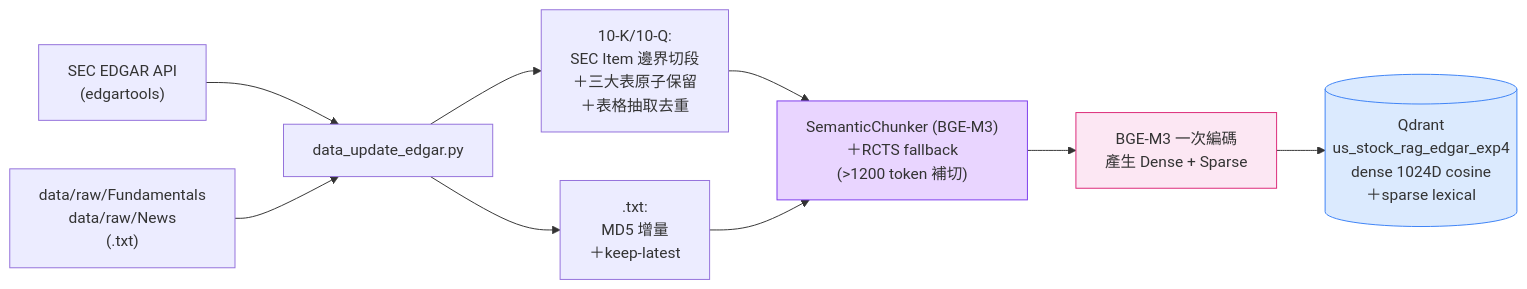
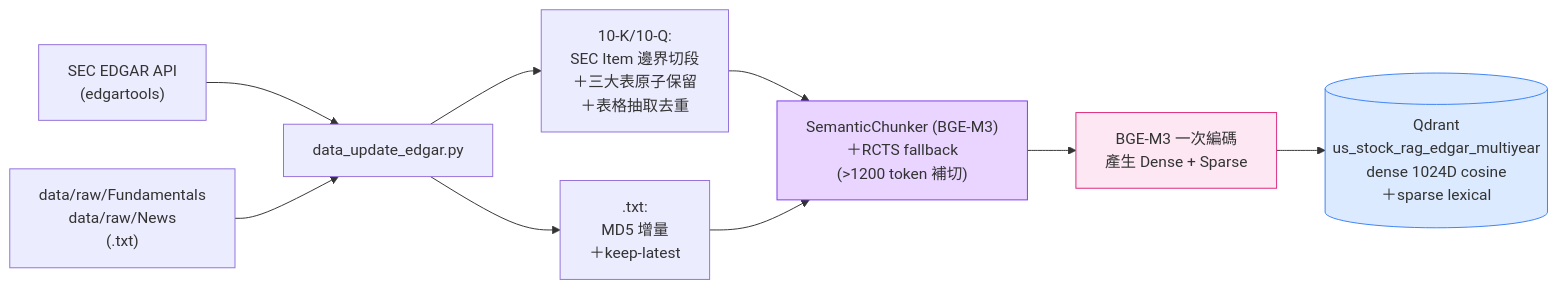
One commit to Allen900913/Agentic_RAG changed the first of 2 diagrams in README.md. Above: the diagram before and after it, drawn with Mermaid. The commit also changed other lines of this file and 8 other files, not shown here.

First line of the commit message:
多年語料升生產：mdna → multiyear，並翻開期間意圖 LLM

````diff
--- a/README.md
+++ b/README.md
@@ -46,15 +54,15 @@
 ```mermaid
 graph LR
     A1["SEC EDGAR API<br/>(edgartools)"] --> B["data_update_edgar.py"]
     A2["data/raw/Fundamentals<br/>data/raw/News<br/>(.txt)"] --> B
     B --> C1["10-K/10-Q:<br/>SEC Item 邊界切段<br/>＋三大表原子保留<br/>＋表格抽取去重"]
     B --> C2[".txt:<br/>MD5 增量<br/>＋keep-latest"]
     C1 --> D["SemanticChunker (BGE-M3)<br/>＋RCTS fallback<br/>(>1200 token 補切)"]
     C2 --> D
     D --> E["BGE-M3 一次編碼<br/>產生 Dense + Sparse"]
-    E --> F[("Qdrant<br/>us_stock_rag_edgar_exp4<br/>dense 1024D cosine<br/>＋sparse lexical")]
+    E --> F[("Qdrant<br/>us_stock_rag_edgar_multiyear<br/>dense 1024D cosine<br/>＋sparse lexical")]
 
     style F fill:#dbeafe,stroke:#3b82f6
     style E fill:#fce7f3,stroke:#db2777
     style D fill:#e9d5ff,stroke:#7c3aed
 ```
````
